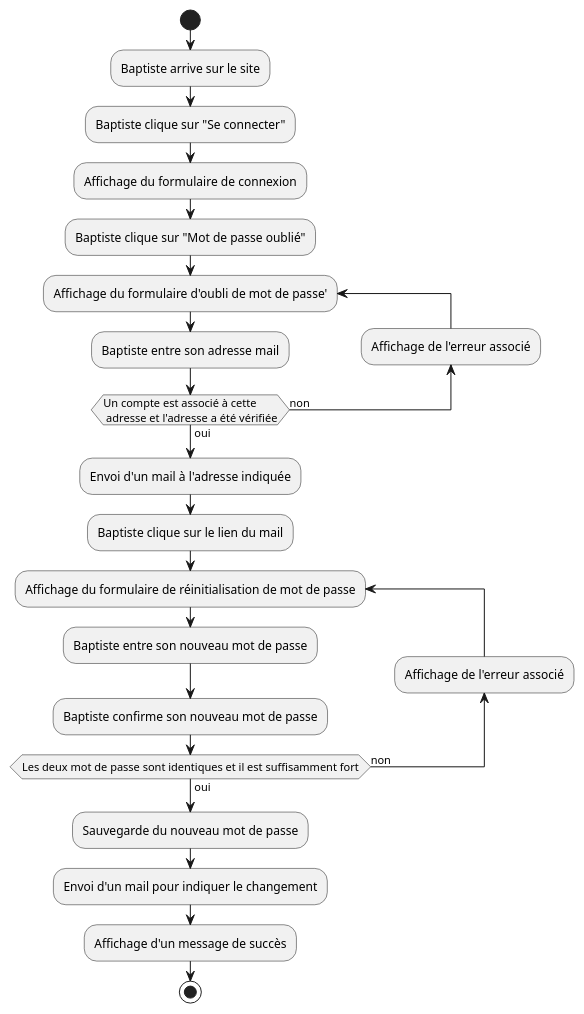
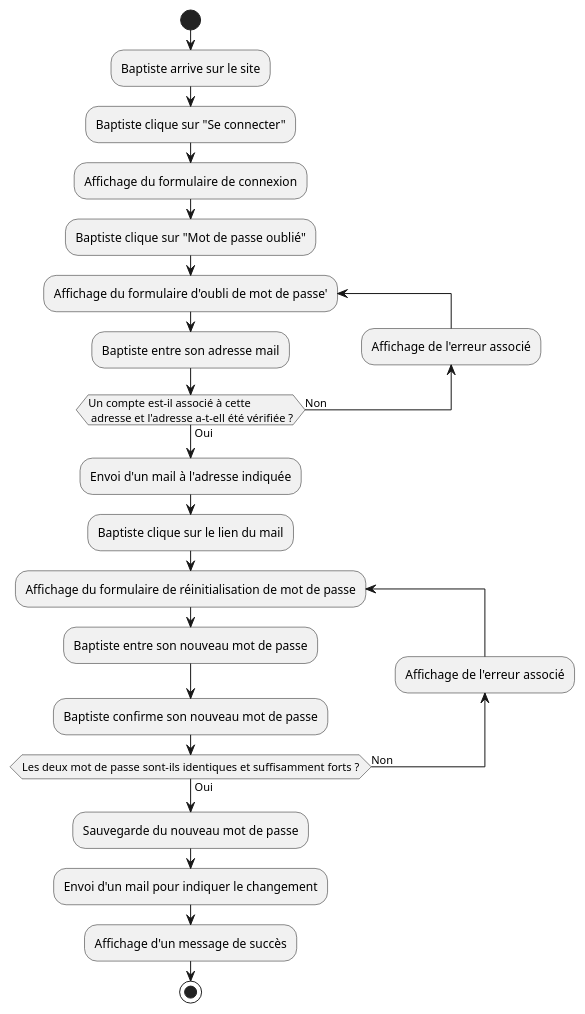
One commit to Gumpah/project_6 changed the diagram in diagrams/client_password_reset.puml. Above: the diagram before and after it, drawn with PlantUML. The commit also changed 8 other files, not shown here.

Commit message:
Updating diagrams

```diff
--- a/diagrams/client_password_reset.puml
+++ b/diagrams/client_password_reset.puml
@@ -1,25 +1,25 @@
 @startuml
 'https://plantuml.com/activity-diagram-beta
 
 start
 :Baptiste arrive sur le site;
 :Baptiste clique sur "Se connecter";
 :Affichage du formulaire de connexion;
 :Baptiste clique sur "Mot de passe oublié";
 repeat :Affichage du formulaire d'oubli de mot de passe';
 :Baptiste entre son adresse mail;
 backward:Affichage de l'erreur associé;
-repeat while (Un compte est associé à cette\n adresse et l'adresse a été vérifiée) is (non) not (oui)
+repeat while (Un compte est-il associé à cette\n adresse et l'adresse a-t-ell été vérifiée ?) is (Non) not (Oui)
 :Envoi d'un mail à l'adresse indiquée;
 :Baptiste clique sur le lien du mail;
 repeat :Affichage du formulaire de réinitialisation de mot de passe;
 :Baptiste entre son nouveau mot de passe;
 :Baptiste confirme son nouveau mot de passe;
 backward:Affichage de l'erreur associé;
-repeat while (Les deux mot de passe sont identiques et il est suffisamment fort) is (non) not (oui)
+repeat while (Les deux mot de passe sont-ils identiques et suffisamment forts ?) is (Non) not (Oui)
 :Sauvegarde du nouveau mot de passe;
 :Envoi d'un mail pour indiquer le changement;
 :Affichage d'un message de succès;
 stop
 
 @enduml
```
